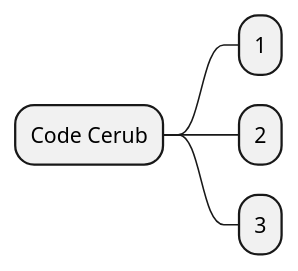
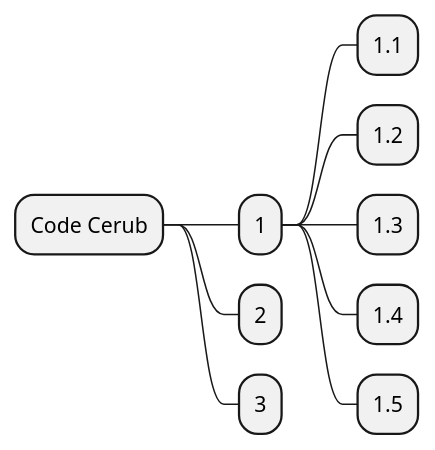
The third of 4 diagrams in dokumentit/10-Projektihallinta/projektisuunnitelma.md (ninaleo/S2021-AB5160-core), drawn with PlantUML before and after one commit.

````diff
--- a/dokumentit/10-Projektihallinta/projektisuunnitelma.md
+++ b/dokumentit/10-Projektihallinta/projektisuunnitelma.md
@@ -168,8 +168,13 @@
 ```plantuml
 @startmindmap
 + Code Cerub
 ++ 1
++++ 1.1
++++ 1.2
++++ 1.3
++++ 1.4
++++ 1.5
 ++ 2
 ++ 3
 @endmindmap
 ```
````
